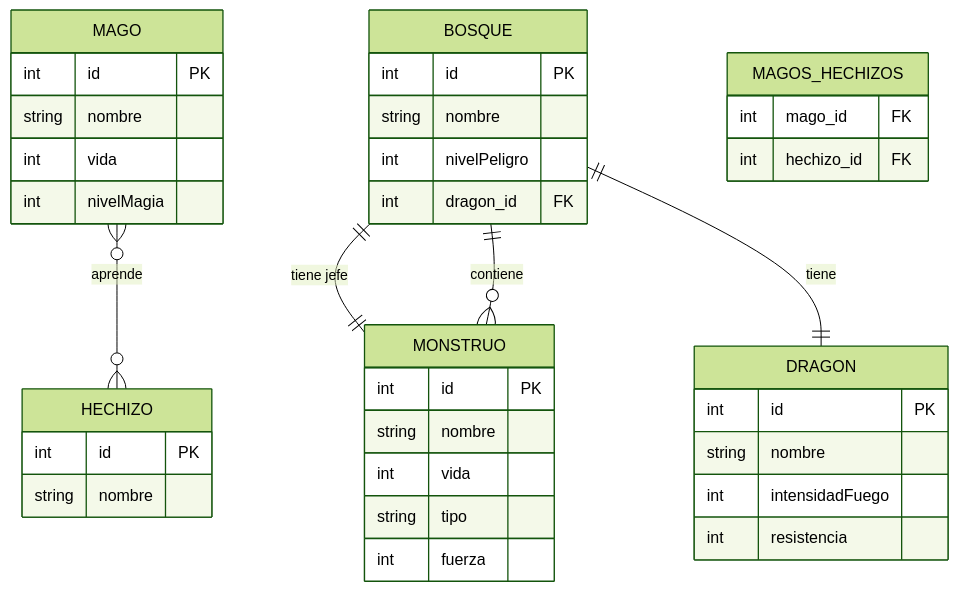
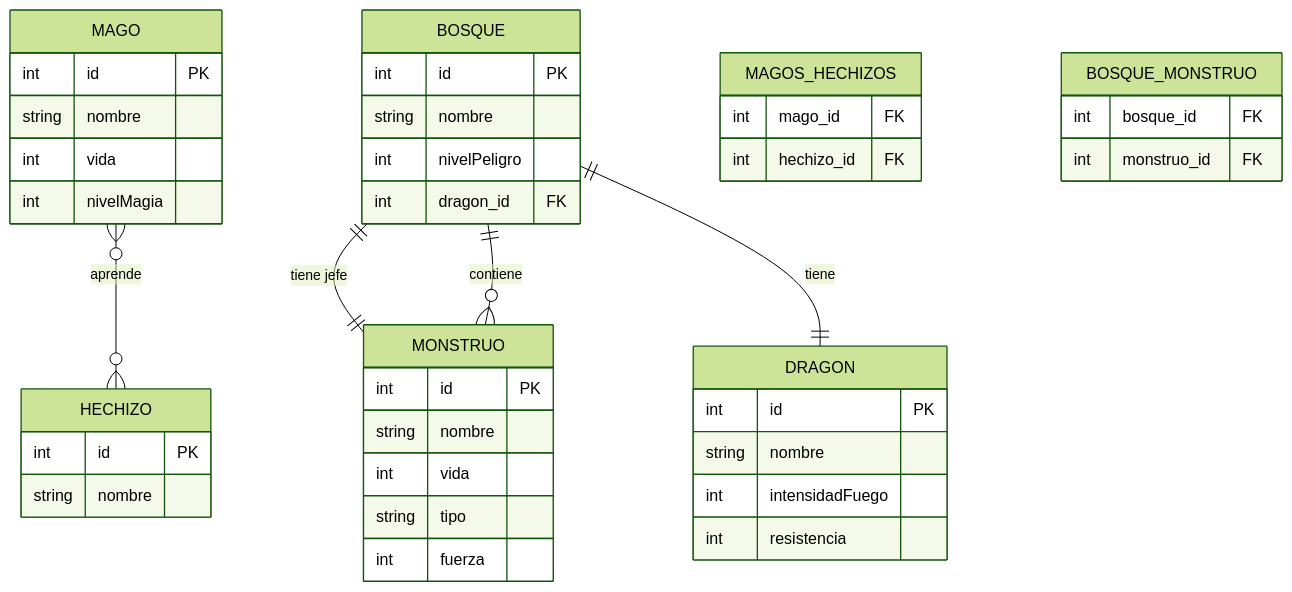
Before and after one commit to a24yaniravc/dragolandia: the second of 2 diagrams in README.md, drawn with Mermaid (forest theme). The commit also changed other lines of this file, not shown here.

````diff
--- a/README.md
+++ b/README.md
@@ -117,48 +176,53 @@
 ```mermaid
 erDiagram
 direction TB
 
 MAGO {
     int id PK
     string nombre
     int vida
     int nivelMagia
 }
 
 MONSTRUO {
     int id PK
     string nombre
     int vida
     string tipo
     int fuerza
 }
 
 BOSQUE {
     int id PK
     string nombre
     int nivelPeligro
     int dragon_id FK
 }
 
 DRAGON {
     int id PK
     string nombre
     int intensidadFuego
     int resistencia
 }
 
 HECHIZO {
     int id PK
     string nombre
 }
 
 MAGOS_HECHIZOS {
     int mago_id FK
     int hechizo_id FK
 }
 
+BOSQUE_MONSTRUO {
+    int bosque_id FK
+    int monstruo_id FK
+}
+
 BOSQUE ||--|| MONSTRUO : "tiene jefe"
 BOSQUE ||--o{ MONSTRUO : "contiene"
 BOSQUE ||--|| DRAGON : "tiene"
 MAGO }o--o{ HECHIZO : "aprende"
 ```
````
